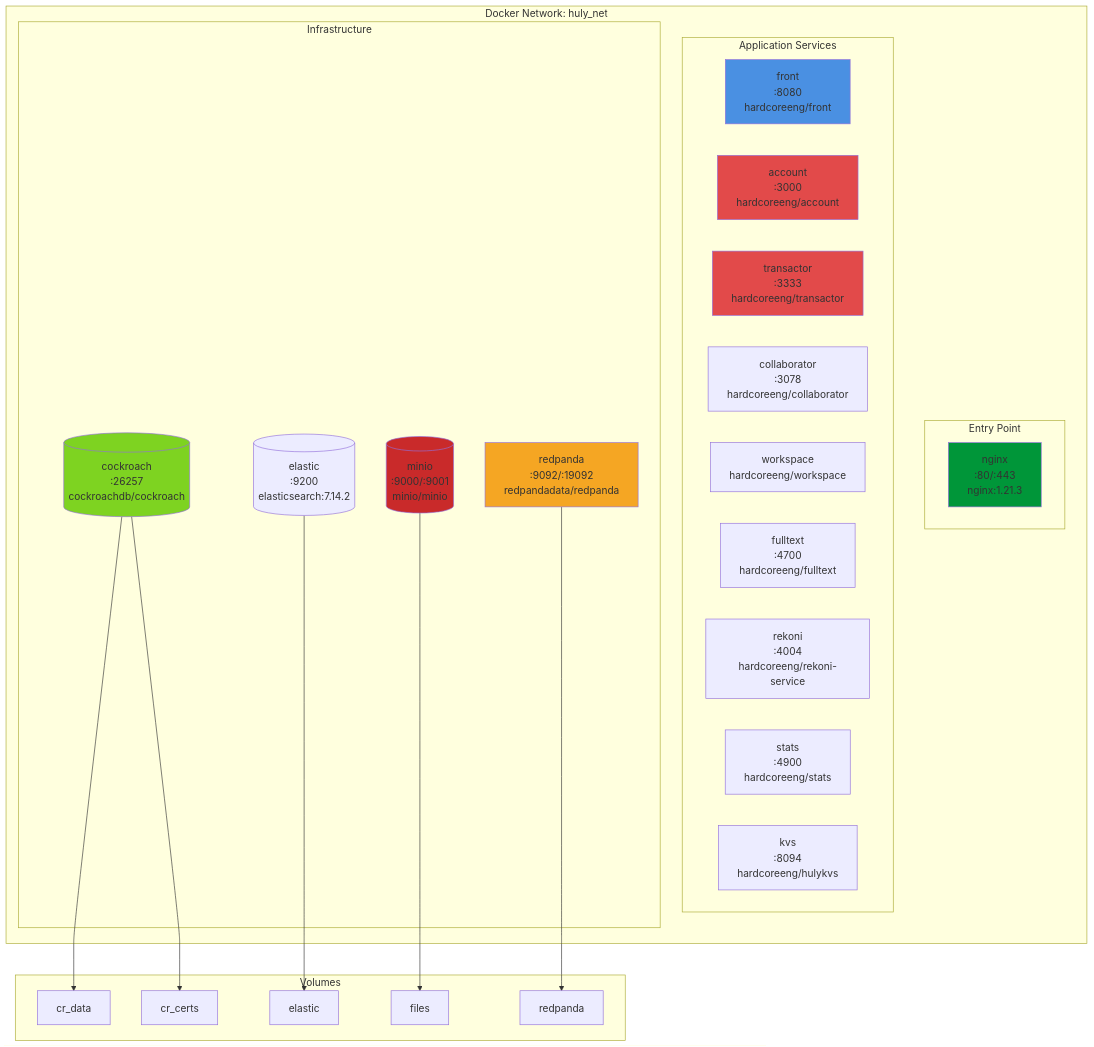
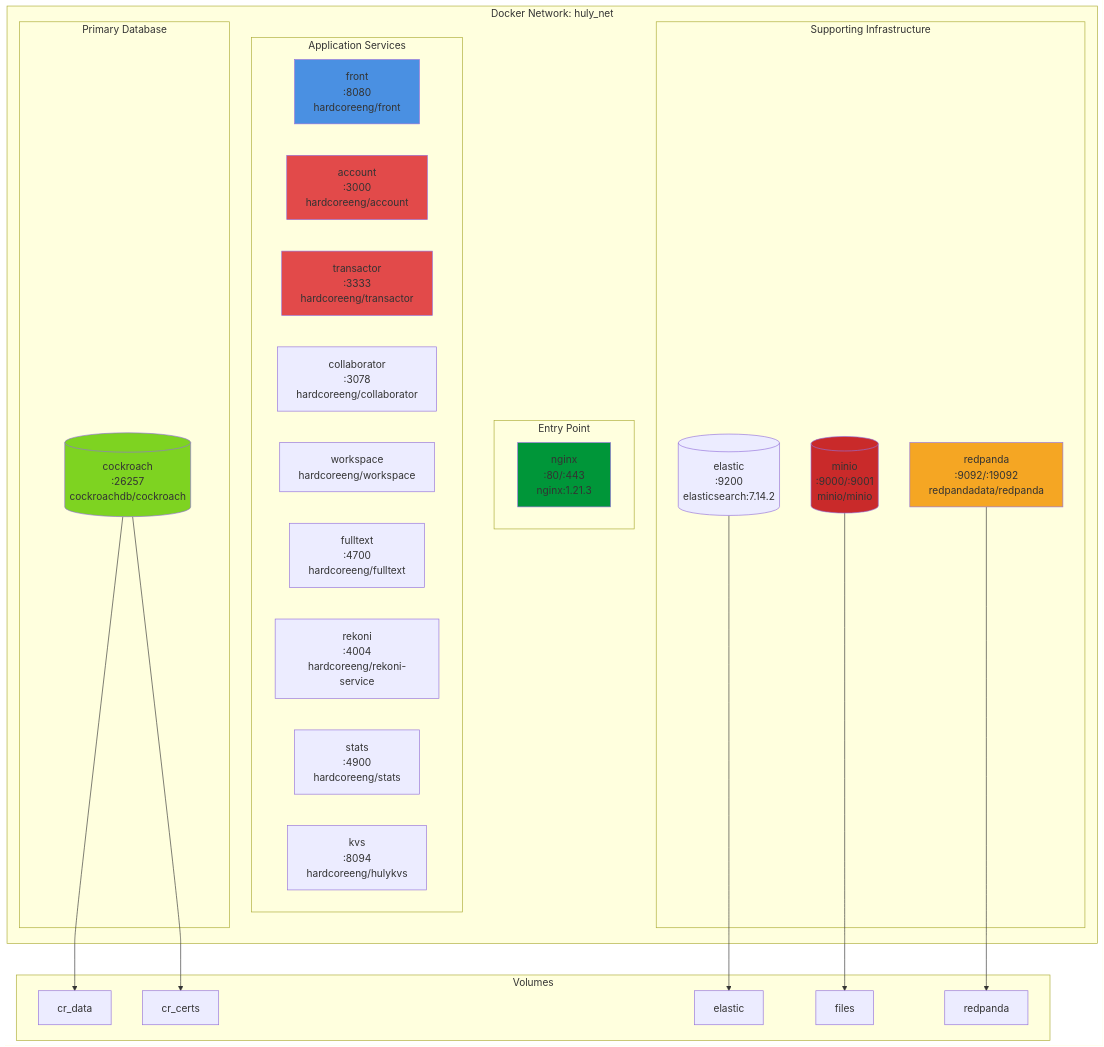
Before and after one commit to hcengineering/huly-selfhost: the seventh of 7 diagrams in ARCHITECTURE_DIAGRAMS.md, drawn with Mermaid. The commit also changed other lines of this file, not shown here.

Commit message:
Update diagram

````diff
--- a/ARCHITECTURE_DIAGRAMS.md
+++ b/ARCHITECTURE_DIAGRAMS.md
@@ -526,49 +351,52 @@
 ```mermaid
 graph TB
     subgraph "Docker Network: huly_net"
         subgraph "Entry Point"
             Nginx[nginx<br/>:80/:443<br/>nginx:1.21.3]
         end
         
         subgraph "Application Services"
             Front[front<br/>:8080<br/>hardcoreeng/front]
             Account[account<br/>:3000<br/>hardcoreeng/account]
             Transactor[transactor<br/>:3333<br/>hardcoreeng/transactor]
             Collaborator[collaborator<br/>:3078<br/>hardcoreeng/collaborator]
             Workspace[workspace<br/>hardcoreeng/workspace]
             Fulltext[fulltext<br/>:4700<br/>hardcoreeng/fulltext]
             Rekoni[rekoni<br/>:4004<br/>hardcoreeng/rekoni-service]
             Stats[stats<br/>:4900<br/>hardcoreeng/stats]
             HulyKVS[kvs<br/>:8094<br/>hardcoreeng/hulykvs]
         end
         
-        subgraph "Infrastructure"
+        subgraph "Primary Database"
             CockroachDB[(cockroach<br/>:26257<br/>cockroachdb/cockroach)]
+        end
+        
+        subgraph "Supporting Infrastructure"
             Elasticsearch[(elastic<br/>:9200<br/>elasticsearch:7.14.2)]
             Minio[(minio<br/>:9000/:9001<br/>minio/minio)]
             Redpanda[redpanda<br/>:9092/:19092<br/>redpandadata/redpanda]
         end
     end
     
     subgraph "Volumes"
         V1[cr_data]
         V2[cr_certs]
         V3[elastic]
         V4[files]
         V5[redpanda]
     end
     
     CockroachDB --> V1
     CockroachDB --> V2
     Elasticsearch --> V3
     Minio --> V4
     Redpanda --> V5
     
     style Nginx fill:#009639
     style Front fill:#4A90E2
     style Transactor fill:#E24A4A
     style Account fill:#E24A4A
     style CockroachDB fill:#7ED321
     style Redpanda fill:#F5A623
     style Minio fill:#C92A2A
 ```
````
